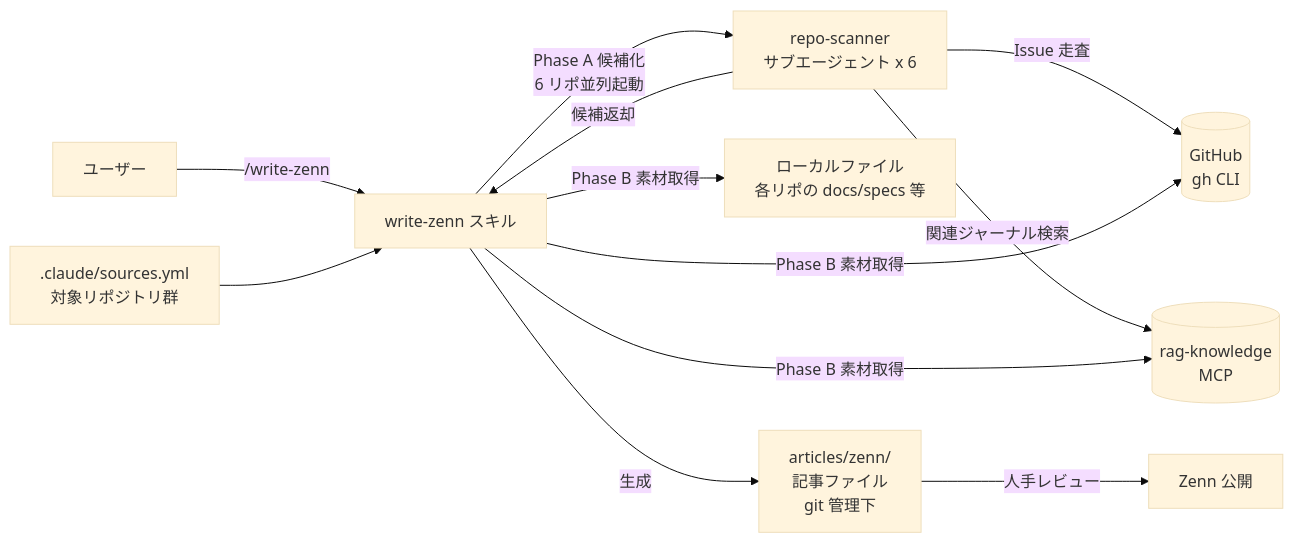
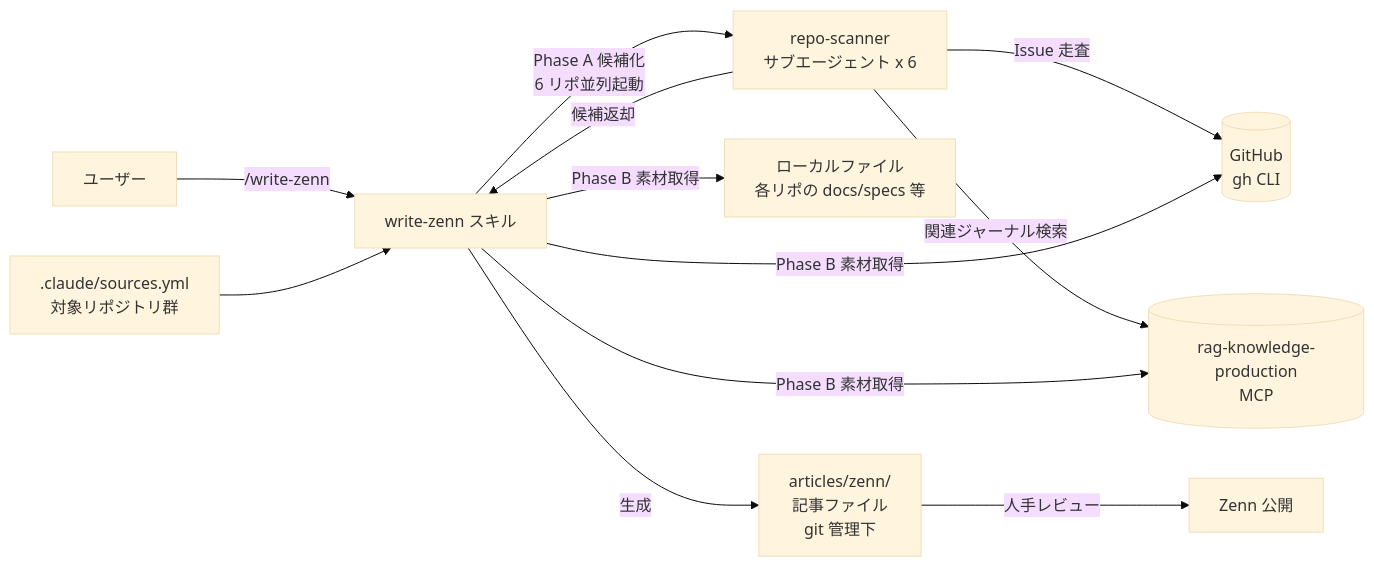
One commit to becky3/article-writer changed the diagram in docs/specs/features/article-generation.md. Above: the diagram before and after it, drawn with Mermaid (base theme). The commit also changed 2 other files, not shown here.

Commit message:
fix: レビュー指摘対応 (PR #21)
- article-generation.md: mermaid 図の RAG コンポーネント名を rag-knowledge-production に統一
- repo-scanner.md: gh issue list 取得後に closedAt 降順で並び替える旨を明記
- repo-scanner.md / SKILL.md: gh issue view にコメント取得用 --comments オプションを明記

````diff
--- a/docs/specs/features/article-generation.md
+++ b/docs/specs/features/article-generation.md
@@ -45,14 +45,14 @@
 ```mermaid
 flowchart LR
     User[ユーザー] -->|/write-zenn| Skill[write-zenn スキル]
     Sources[.claude/sources.yml<br/>対象リポジトリ群] --> Skill
     Skill -->|Phase A 候補化<br/>6 リポ並列起動| Scanner[repo-scanner<br/>サブエージェント x 6]
     Scanner -->|Issue 走査| GH[(GitHub<br/>gh CLI)]
-    Scanner -->|関連ジャーナル検索| RAG[(rag-knowledge<br/>MCP)]
+    Scanner -->|関連ジャーナル検索| RAG[(rag-knowledge-production<br/>MCP)]
     Scanner -->|候補返却| Skill
     Skill -->|Phase B 素材取得| RAG
     Skill -->|Phase B 素材取得| GH
     Skill -->|Phase B 素材取得| Local[ローカルファイル<br/>各リポの docs/specs 等]
     Skill -->|生成| Article[articles/zenn/<br/>記事ファイル<br/>git 管理下]
     Article -->|人手レビュー| Publish[Zenn 公開]
 ```
````
